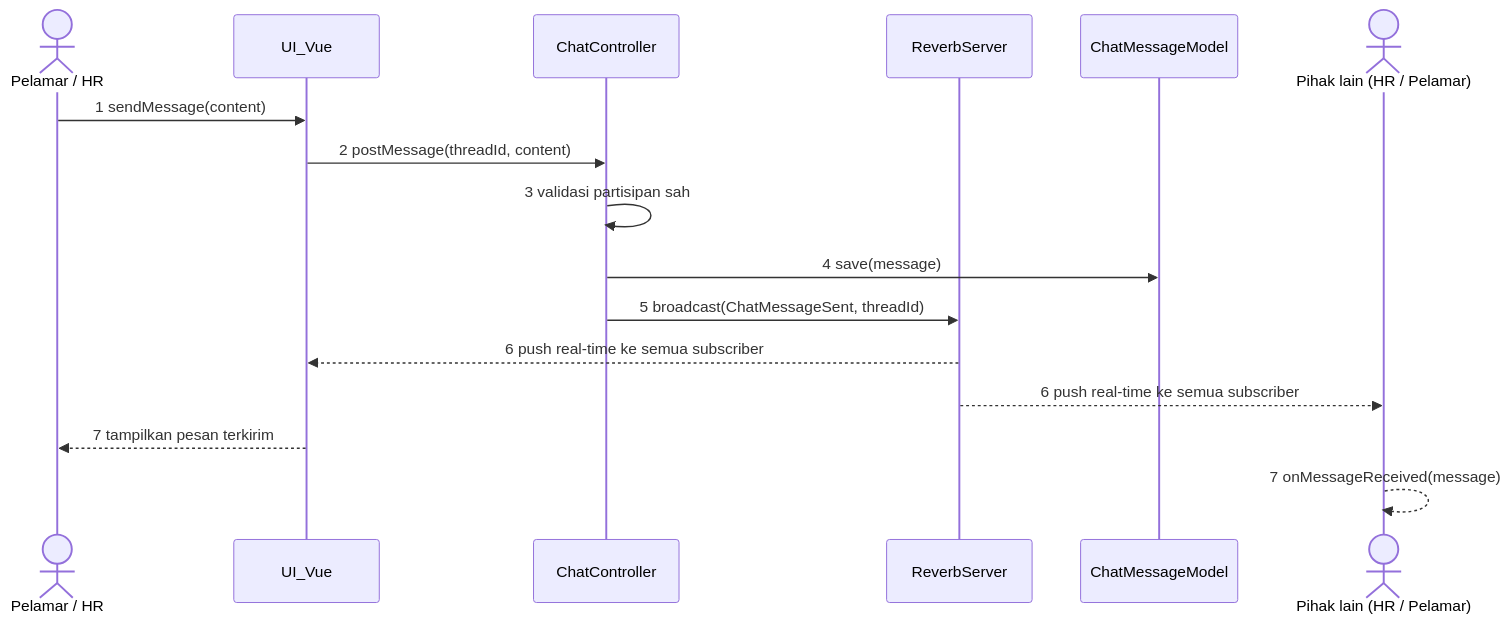
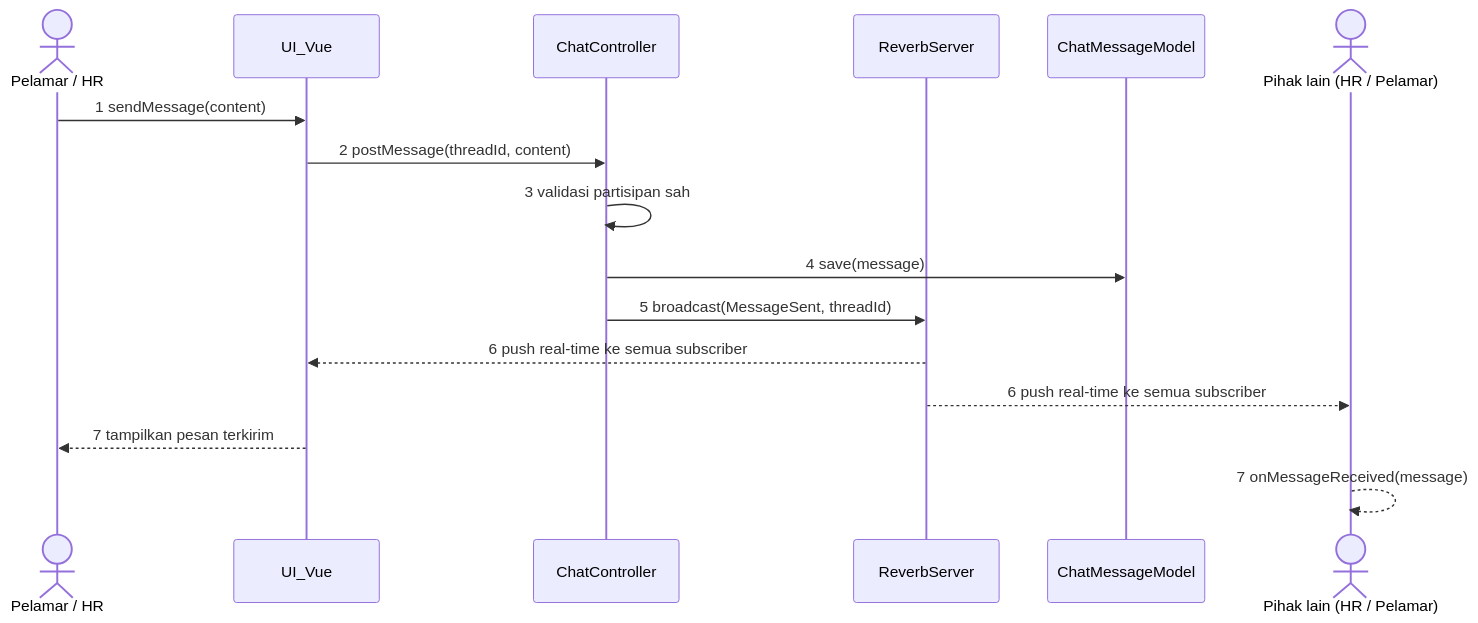
One commit to zhafrandzaky/e-recruitment changed the third of 3 diagrams in docs/SEQUENCE-DIAGRAM.md. Above: the diagram before and after it, drawn with Mermaid. The commit also changed other lines of this file and 29 other files, not shown here.

````diff
--- a/docs/SEQUENCE-DIAGRAM.md
+++ b/docs/SEQUENCE-DIAGRAM.md
@@ -102,19 +102,19 @@
 ```mermaid
 sequenceDiagram
   actor User as Pelamar / HR
   participant View as UI_Vue
   participant Ctrl as ChatController
   participant Reverb as ReverbServer
   participant Model as ChatMessageModel
   actor Other as Pihak lain (HR / Pelamar)
 
   User->>View: 1 sendMessage(content)
   View->>Ctrl: 2 postMessage(threadId, content)
   Ctrl->>Ctrl: 3 validasi partisipan sah
   Ctrl->>Model: 4 save(message)
-  Ctrl->>Reverb: 5 broadcast(ChatMessageSent, threadId)
+  Ctrl->>Reverb: 5 broadcast(MessageSent, threadId)
   Reverb-->>View: 6 push real-time ke semua subscriber
   Reverb-->>Other: 6 push real-time ke semua subscriber
   View-->>User: 7 tampilkan pesan terkirim
   Other-->>Other: 7 onMessageReceived(message)
 ```
````
